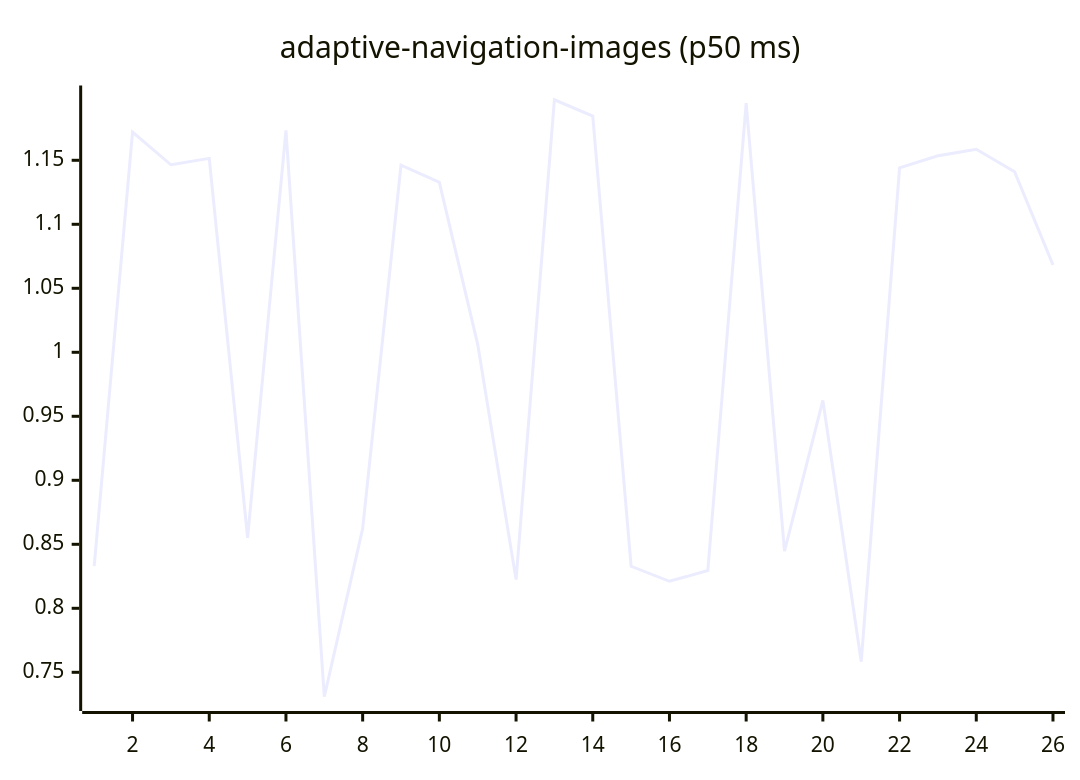
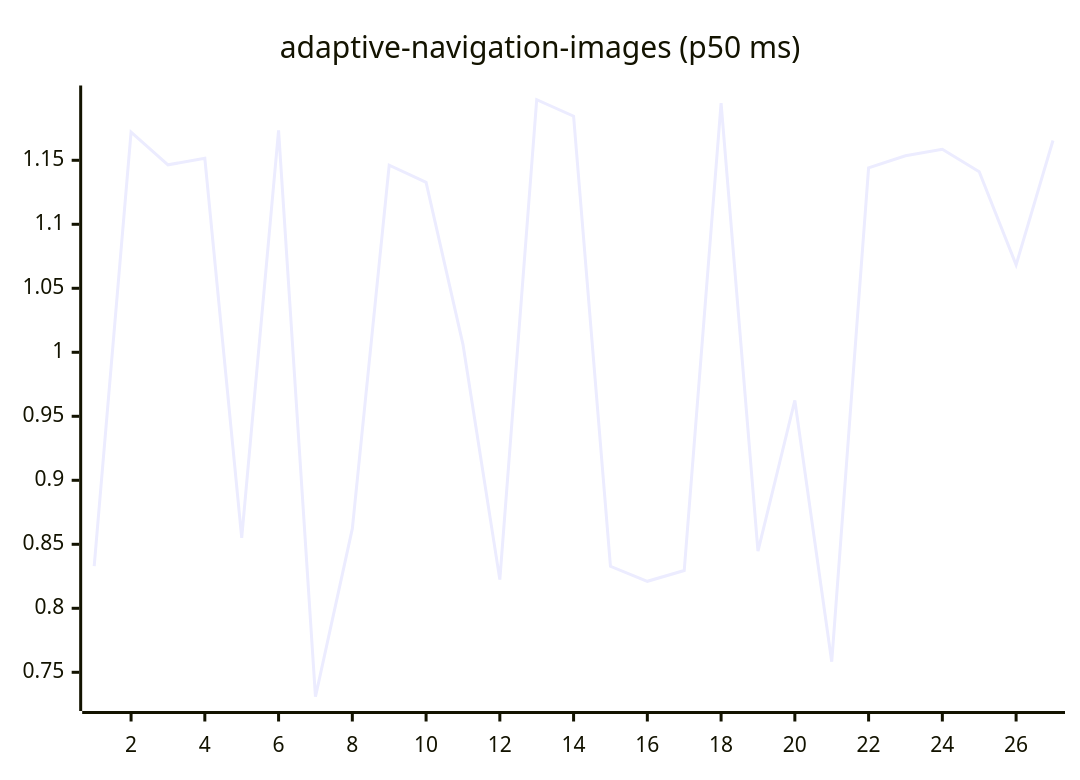
One commit to josha/Facet changed the first of 27 diagrams in README.md. Above: the diagram before and after it, drawn with Mermaid. The commit also changed other lines of this file and 2 other files, not shown here.

````diff
--- a/README.md
+++ b/README.md
@@ -63,6 +63,6 @@
 ```mermaid
 xychart-beta
     title "adaptive-navigation-images (p50 ms)"
-    x-axis 1 --> 26
-    line [0.8330, 1.1721, 1.1465, 1.1515, 0.8551, 1.1733, 0.7309, 0.8622, 1.1462, 1.1328, 1.0062, 0.8224, 1.1973, 1.1845, 0.8328, 0.8211, 0.8295, 1.1947, 0.8446, 0.9624, 0.7583, 1.1441, 1.1535, 1.1586, 1.1410, 1.0683]
+    x-axis 1 --> 27
+    line [0.8330, 1.1721, 1.1465, 1.1515, 0.8551, 1.1733, 0.7309, 0.8622, 1.1462, 1.1328, 1.0062, 0.8224, 1.1973, 1.1845, 0.8328, 0.8211, 0.8295, 1.1947, 0.8446, 0.9624, 0.7583, 1.1441, 1.1535, 1.1586, 1.1410, 1.0683, 1.1655]
 ```
````
